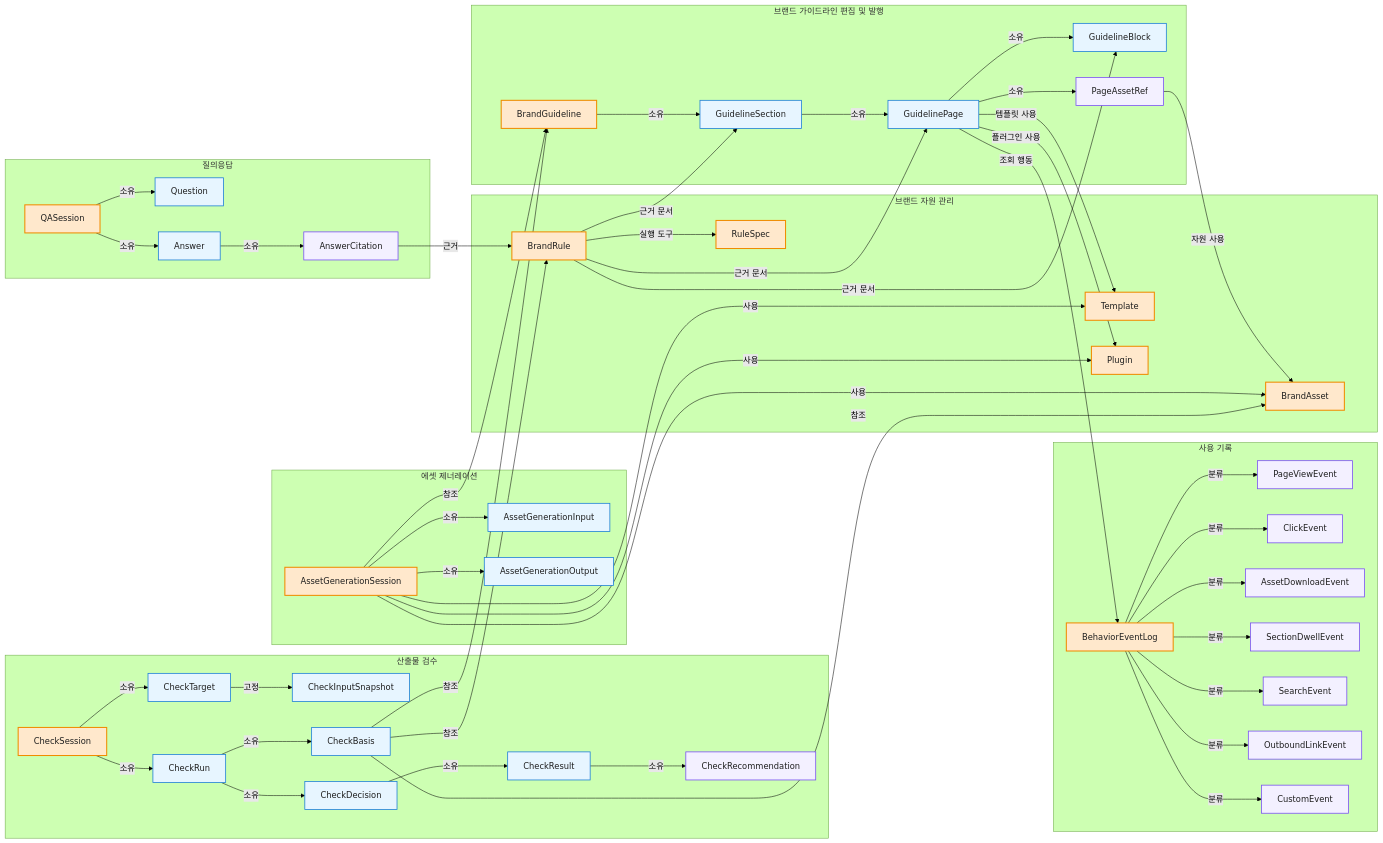
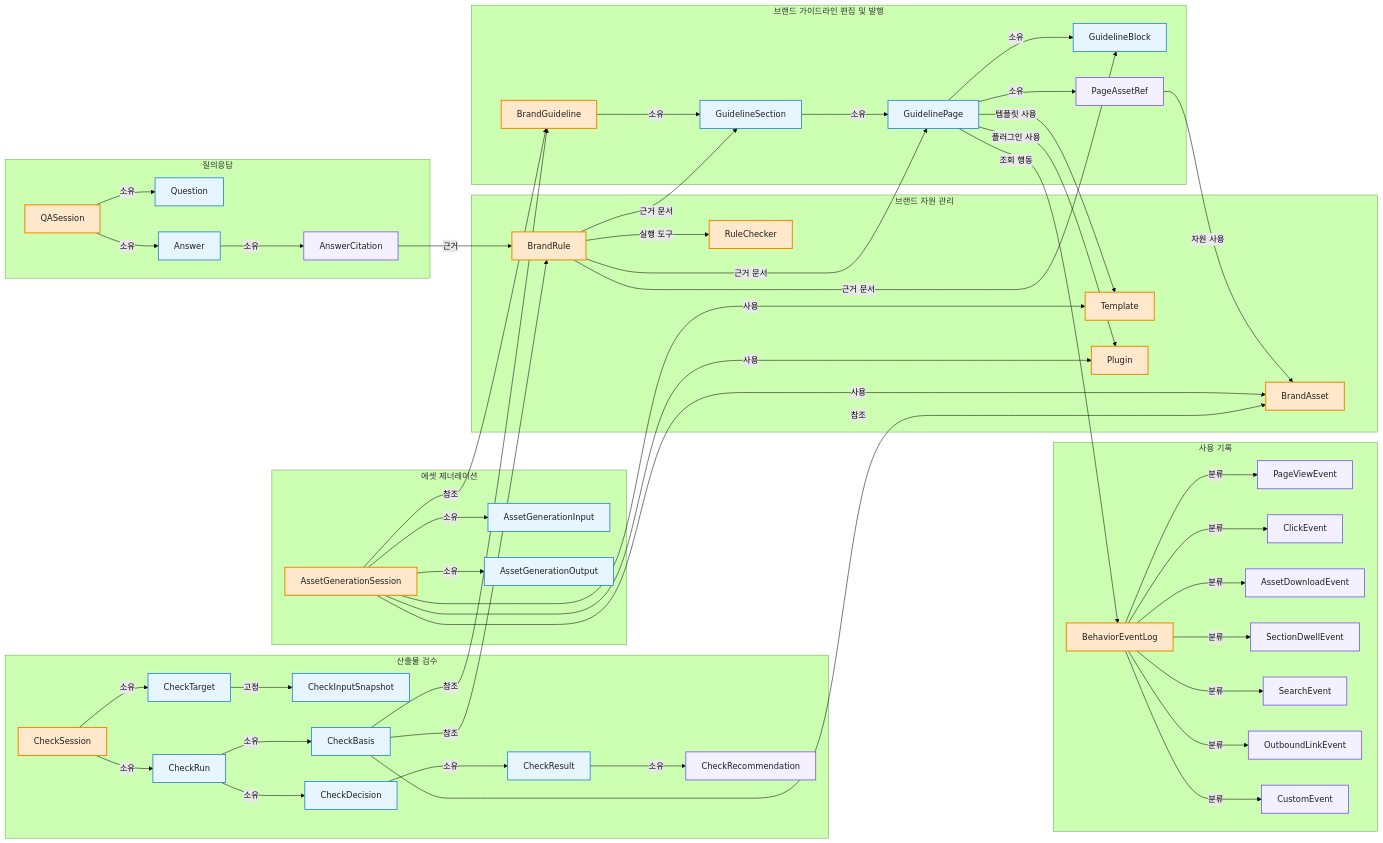
One commit to ewoooo/living-brand-system changed the second of 5 diagrams in docs/04-domain-model.md. Above: the diagram before and after it, drawn with Mermaid (forest theme). The commit also changed other lines of this file and 15 other files, not shown here.

````diff
--- a/docs/04-domain-model.md
+++ b/docs/04-domain-model.md
@@ -78,7 +78,7 @@
   end
 
   subgraph Resource["브랜드 자원 관리"]
-    RuleSpec["RuleSpec"]
+    RuleChecker["RuleChecker"]
     BrandRule["BrandRule"]
     BrandAsset["BrandAsset"]
     Template["Template"]
@@ -126,7 +126,7 @@
   BrandRule -->|"근거 문서"| GuidelineSection
   BrandRule -->|"근거 문서"| GuidelinePage
   BrandRule -->|"근거 문서"| GuidelineBlock
-  BrandRule -->|"실행 도구"| RuleSpec
+  BrandRule -->|"실행 도구"| RuleChecker
   GuidelinePage -->|"소유"| PageAssetRef
   PageAssetRef -->|"자원 사용"| BrandAsset
   GuidelinePage -->|"템플릿 사용"| Template
@@ -166,7 +166,7 @@
   classDef childEntity fill:#F3F0FF,stroke:#7950F2,stroke-width:1.5px,color:#1F1F1F;
   classDef record fill:#F1F3F5,stroke:#868E96,stroke-width:1.5px,color:#1F1F1F;
 
-  class BrandGuideline,RuleSpec,BrandRule,BrandAsset,Template,Plugin,AssetGenerationSession,QASession,CheckSession,BehaviorEventLog aggregate;
+  class BrandGuideline,RuleChecker,BrandRule,BrandAsset,Template,Plugin,AssetGenerationSession,QASession,CheckSession,BehaviorEventLog aggregate;
   class GuidelineSection,GuidelinePage,GuidelineBlock,AssetGenerationInput,AssetGenerationOutput,Question,Answer,CheckTarget,CheckInputSnapshot,CheckRun,CheckBasis,CheckDecision,CheckResult entity;
   class PageAssetRef,AnswerCitation,CheckRecommendation,PageViewEvent,ClickEvent,AssetDownloadEvent,SectionDwellEvent,SearchEvent,OutboundLinkEvent,CustomEvent childEntity;
 ```
````
